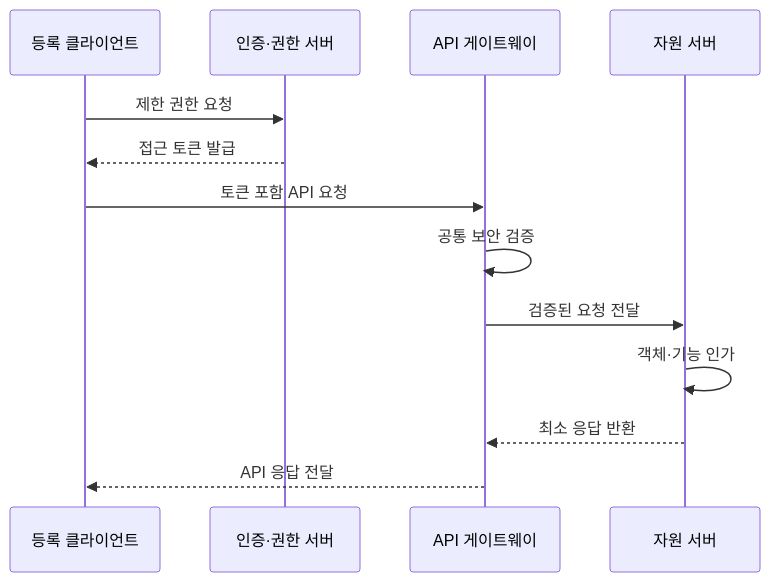
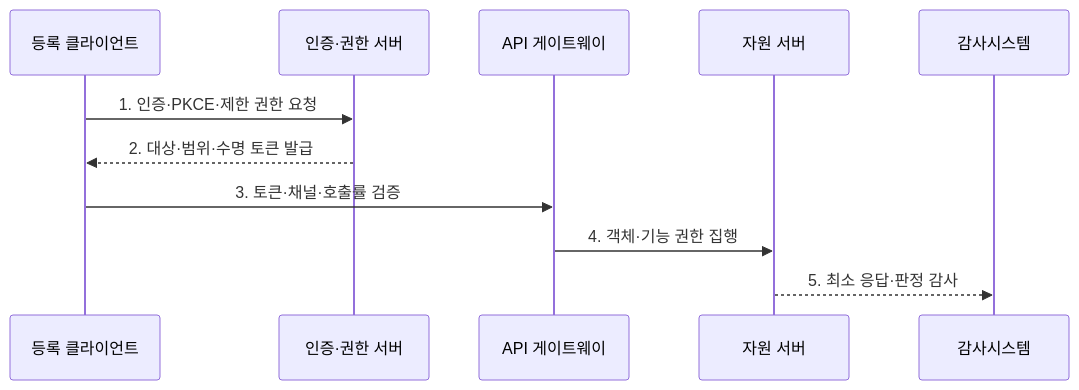
Before and after one commit to agnusdei1207/knowledge-base: the second of 2 diagrams in src/content/docs/notes/05-security/053_secure_api_design.md, drawn with Mermaid. The commit also changed other lines of this file and 11 other files, not shown here.

````diff
--- a/src/content/docs/notes/05-security/053_secure_api_design.md
+++ b/src/content/docs/notes/05-security/053_secure_api_design.md
@@ -82,15 +84,13 @@
 ```mermaid
 sequenceDiagram
     participant C as 등록 클라이언트
     participant A as 인증·권한 서버
     participant G as API 게이트웨이
     participant R as 자원 서버
-    C->>A: 제한 권한 요청
-    A-->>C: 접근 토큰 발급
-    C->>G: 토큰 포함 API 요청
-    G->>G: 공통 보안 검증
-    G->>R: 검증된 요청 전달
-    R->>R: 객체·기능 인가
-    R-->>G: 최소 응답 반환
-    G-->>C: API 응답 전달
+    participant 감사시스템
+    C->>A: 1. 인증·PKCE·제한 권한 요청
+    A-->>C: 2. 대상·범위·수명 토큰 발급
+    C->>G: 3. 토큰·채널·호출률 검증
+    G->>R: 4. 객체·기능 권한 집행
+    R-->>감사시스템: 5. 최소 응답·판정 감사
 ```
````
